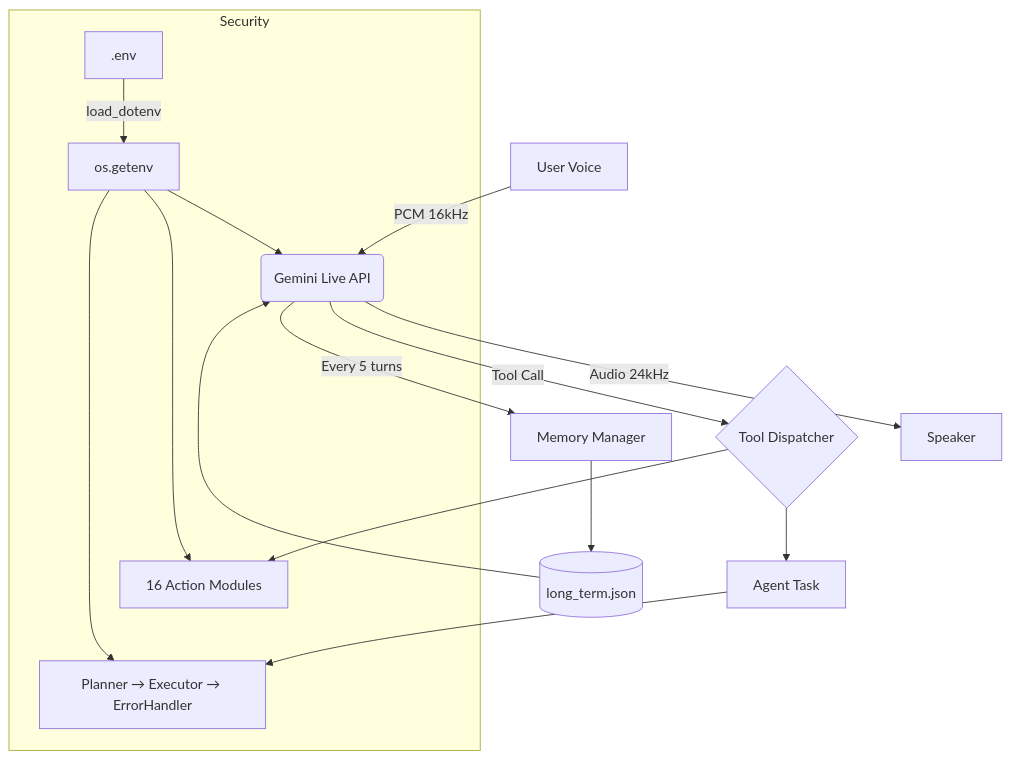
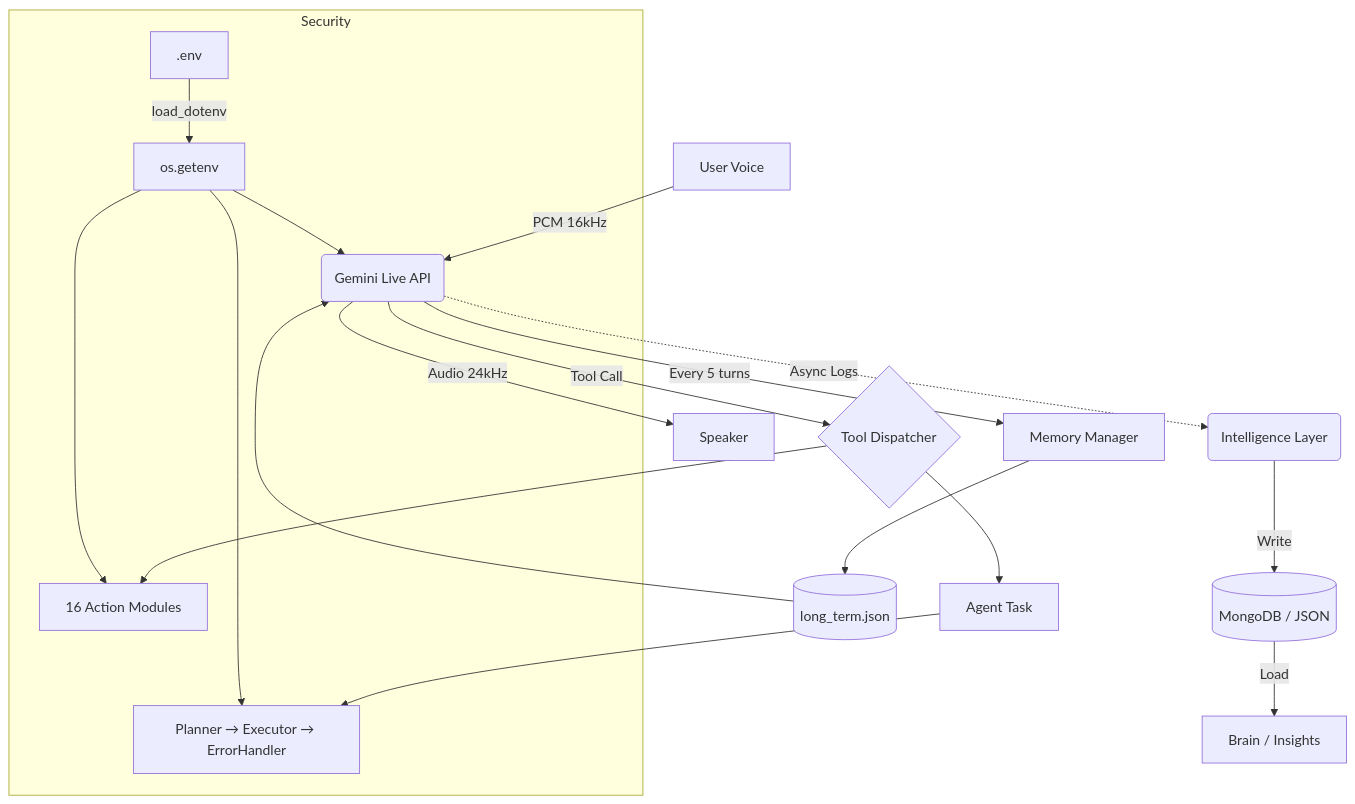
The diagram in jarvis_scan.md (Smit-2907/J.A.R.V.I.S.), drawn with Mermaid before and after one commit. The commit also changed other lines of this file and 29 other files, not shown here.

Commit message:
mplement intelligence layer with extension modules and enhance agent execution logic for improved stability and context handling.

````diff
--- a/jarvis_scan.md
+++ b/jarvis_scan.md
@@ -107,21 +116,24 @@
 ```mermaid
 flowchart TD
     A[User Voice] -->|PCM 16kHz| B(Gemini Live API)
     B -->|Audio 24kHz| C[Speaker]
     B -->|Tool Call| D{Tool Dispatcher}
+    B -.->|Async Logs| I(Intelligence Layer)
+    I -->|Write| J[(MongoDB / JSON)]
+    J -->|Load| K[Brain / Insights]
 
     D --> E[16 Action Modules]
     D --> F[Agent Task]
     F --> G[Planner → Executor → ErrorHandler]
 
     subgraph Security
         ENV[.env] -->|load_dotenv| OS[os.getenv]
         OS --> B
         OS --> E
         OS --> G
     end
 
     B -->|Every 5 turns| M[Memory Manager]
     M --> L[(long_term.json)]
     L --> B
 ```
````
